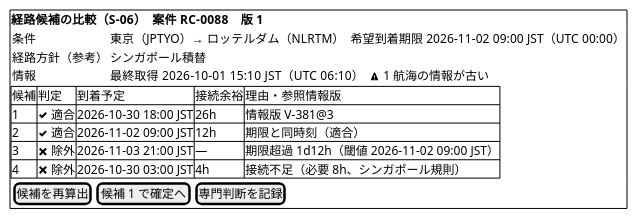
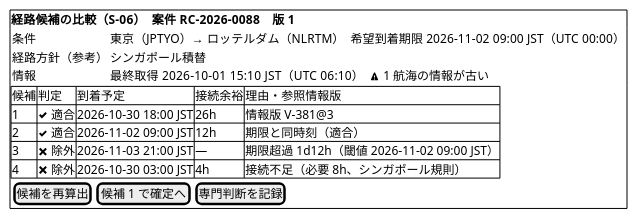
Before and after one commit to k2works/practical-domain-driven-design-in-enterpris-application: diagram 15 of 22 in docs/design/cargo-tracker/ui_design.md, drawn with PlantUML. The commit also changed other lines of this file and 5 other files, not shown here.

````diff
--- a/docs/design/cargo-tracker/ui_design.md
+++ b/docs/design/cargo-tracker/ui_design.md
@@ -620,20 +622,20 @@
 ```plantuml
 @startsalt
 {+
-  <b>経路候補の比較（S-06）　案件 RC-0088　版 1
+  <b>経路候補の比較（S-06）　案件 RC-2026-0088　版 1
   {
     条件 | 東京（JPTYO）→ ロッテルダム（NLRTM）　希望到着期限 2026-11-02 09:00 JST（UTC 00:00）
     経路方針（参考） | シンガポール積替
     情報 | 最終取得 2026-10-01 15:10 JST（UTC 06:10）　<&warning> 1 航海の情報が古い
   }
   {#
     候補 | 判定 | 到着予定 | 接続余裕 | 理由・参照情報版
     1 | <&check> 適合 | 2026-10-30 18:00 JST | 26h | 情報版 V-381@3
     2 | <&check> 適合 | 2026-11-02 09:00 JST | 12h | 期限と同時刻（適合）
     3 | <&x> 除外 | 2026-11-03 21:00 JST | — | 期限超過 1d12h（閾値 2026-11-02 09:00 JST）
     4 | <&x> 除外 | 2026-10-30 03:00 JST | 4h | 接続不足（必要 8h、シンガポール規則）
   }
   { [ 候補を再算出 ] | [ 候補 1 で確定へ ] | [ 専門判断を記録 ] }
 }
 @endsalt
 ```
````
